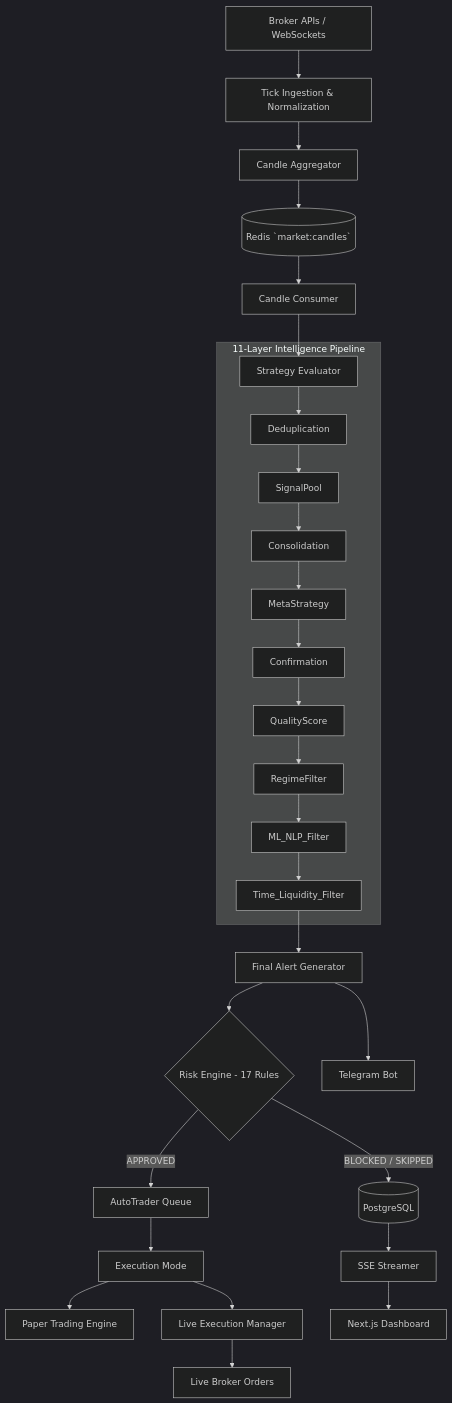
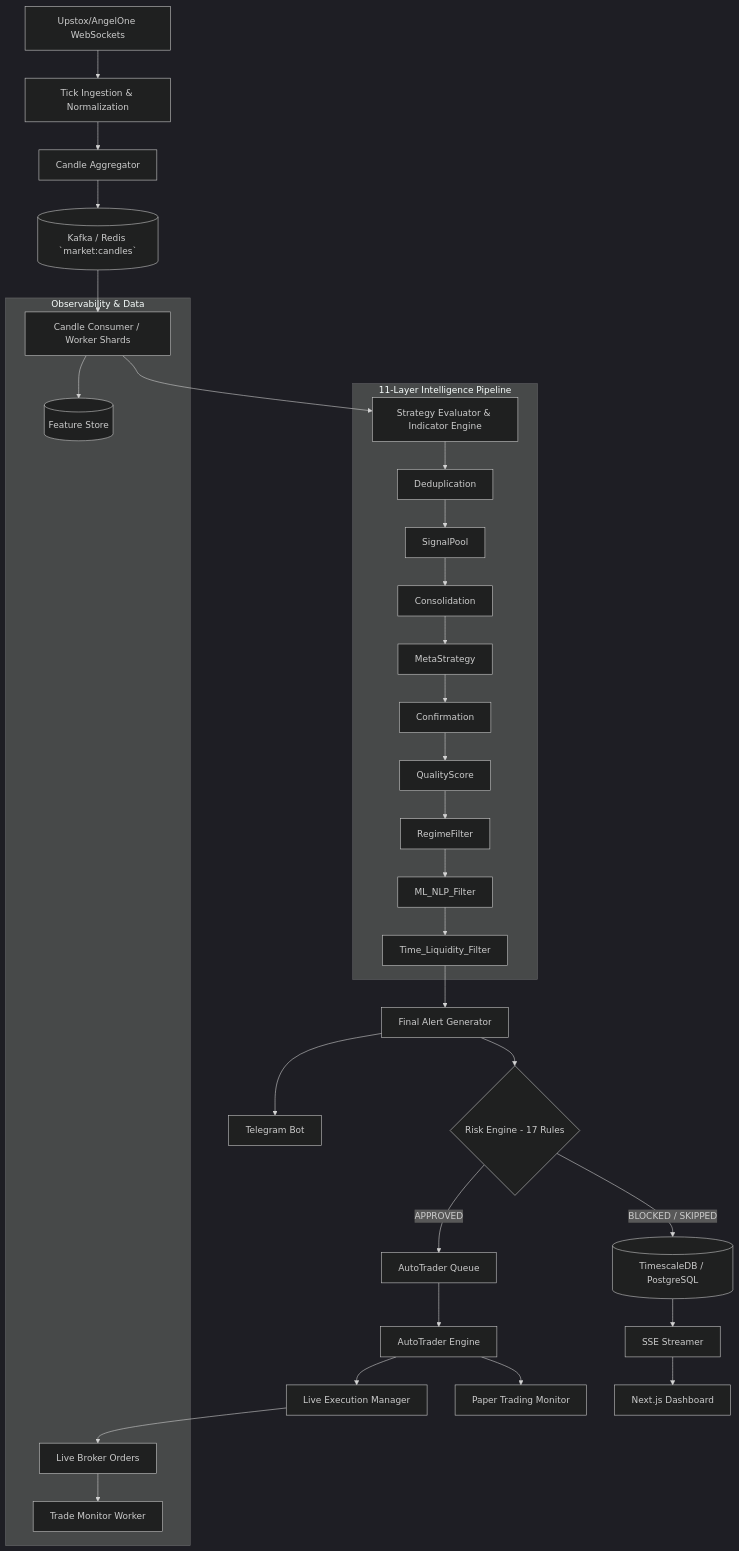
One commit to mohd98zaid/QuantDSS changed the diagram in README.md. Above: the diagram before and after it, drawn with Mermaid (dark theme). The commit also changed other lines of this file and 64 other files, not shown here.

````diff
--- a/README.md
+++ b/README.md
@@ -38,29 +43,34 @@
 ```mermaid
 graph TD;
-    BrokerAPIs[Broker APIs / WebSockets] --> TickNorm[Tick Ingestion & Normalization]
+    BrokerAPIs[Upstox/AngelOne WebSockets] --> TickNorm[Tick Ingestion & Normalization]
     TickNorm --> CandleAggr[Candle Aggregator]
-    CandleAggr --> RedisStream[(Redis `market:candles`)]
+    CandleAggr --> RedisStream[(Kafka / Redis `market:candles`)]
     
-    RedisStream --> CandleConsumer[Candle Consumer]
-    CandleConsumer --> StrategyRunner[Strategy Evaluator]
+    RedisStream --> CandleConsumer[Candle Consumer / Worker Shards]
+    CandleConsumer --> StrategyRunner[Strategy Evaluator & Indicator Engine]
     
     subgraph 11-Layer Intelligence Pipeline
         StrategyRunner --> Deduplication --> SignalPool --> Consolidation --> MetaStrategy
         MetaStrategy --> Confirmation --> QualityScore --> RegimeFilter --> ML_NLP_Filter --> Time_Liquidity_Filter
     end
     
     Time_Liquidity_Filter --> FinalAlert[Final Alert Generator]
     FinalAlert --> RiskEngine{Risk Engine - 17 Rules}
     
-    RiskEngine -- BLOCKED / SKIPPED --> DB[(PostgreSQL)]
+    RiskEngine -- BLOCKED / SKIPPED --> DB[(TimescaleDB / PostgreSQL)]
     RiskEngine -- APPROVED --> AutoTraderQueue[AutoTrader Queue]
     
-    AutoTraderQueue --> AutoTrader[Execution Mode]
-    AutoTrader --> PaperTrading[Paper Trading Engine]
+    AutoTraderQueue --> AutoTrader[AutoTrader Engine]
+    AutoTrader --> PaperTrading[Paper Trading Monitor]
     AutoTrader --> LiveExecution[Live Execution Manager]
     LiveExecution --> Broker[Live Broker Orders]
     
     DB --> SSEStreamer[SSE Streamer]
     SSEStreamer --> WebUI[Next.js Dashboard]
     FinalAlert --> Telegram[Telegram Bot]
+    
+    subgraph Observability & Data
+        CandleConsumer --> MLStore[(Feature Store)]
+        Broker --> TradeMonitor[Trade Monitor Worker]
+    end
 ```
````
